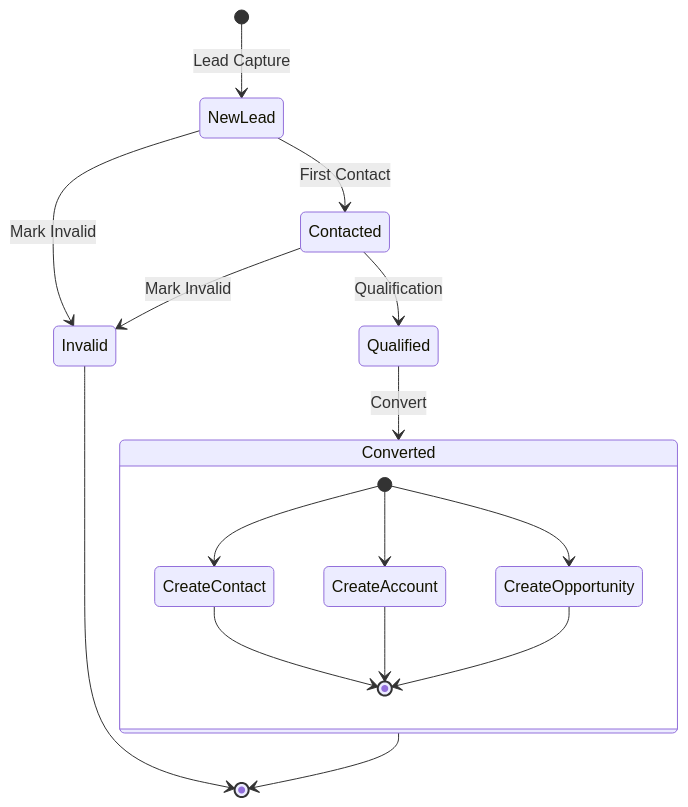
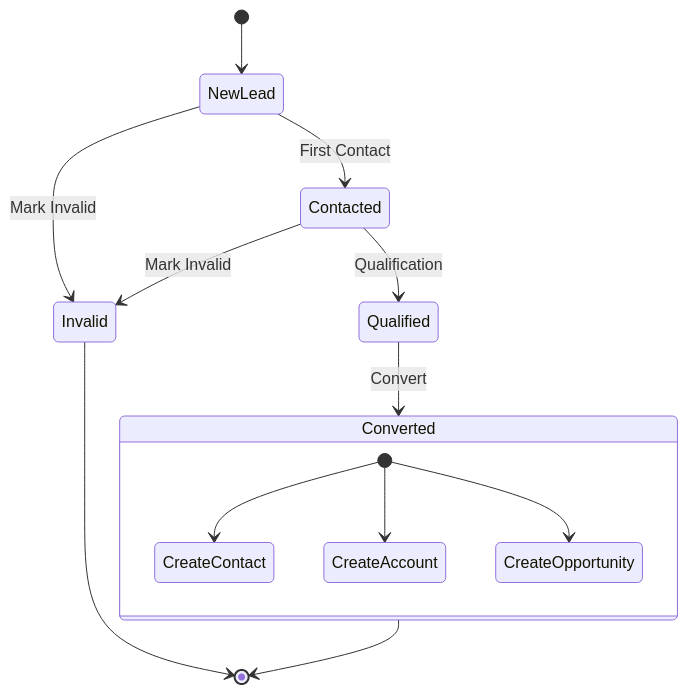
Diagram 20 of 25 in docs/b2b-cdp-entity-design.md (312268112/advanced-java), drawn with Mermaid before and after one commit. The commit also changed other lines of this file, not shown here.

````diff
--- a/docs/b2b-cdp-entity-design.md
+++ b/docs/b2b-cdp-entity-design.md
@@ -962,24 +761,21 @@
 ```mermaid
 stateDiagram-v2
-    [*] --> NewLead: Lead Capture
+    [*] --> NewLead
     
     NewLead --> Contacted: First Contact
     NewLead --> Invalid: Mark Invalid
     
     Contacted --> Qualified: Qualification
     Contacted --> Invalid: Mark Invalid
     
     Qualified --> Converted: Convert
     
     state Converted {
         [*] --> CreateContact
         [*] --> CreateAccount
         [*] --> CreateOpportunity
-        CreateContact --> [*]
-        CreateAccount --> [*]
-        CreateOpportunity --> [*]
     }
     
     Converted --> [*]
     Invalid --> [*]
 ```
````
